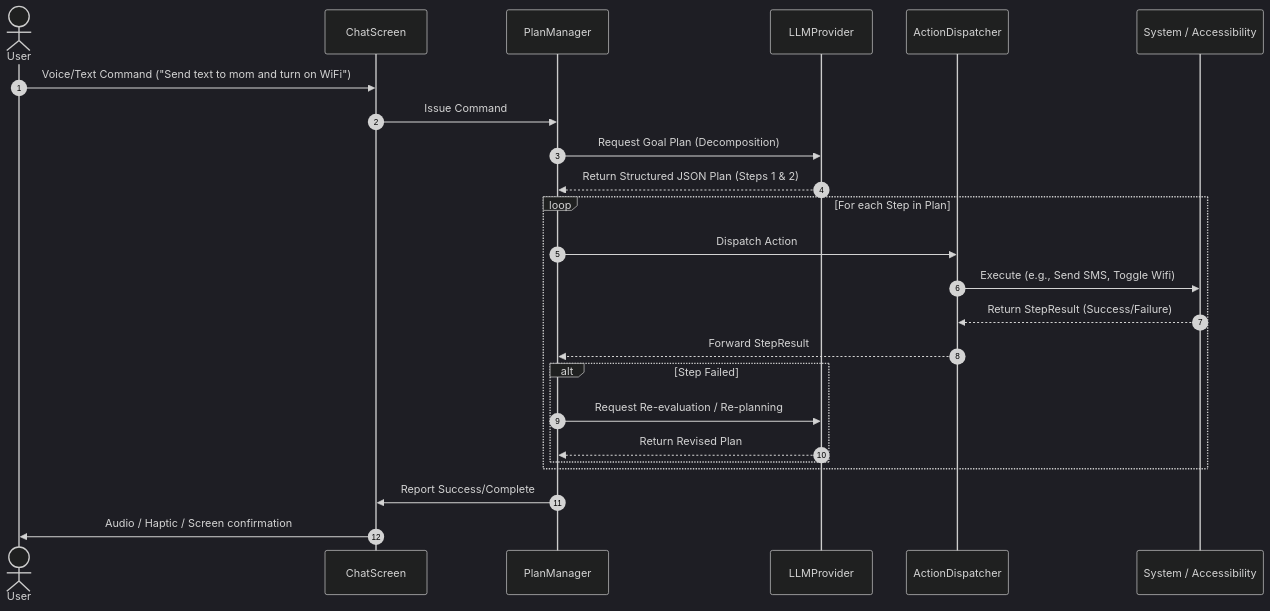
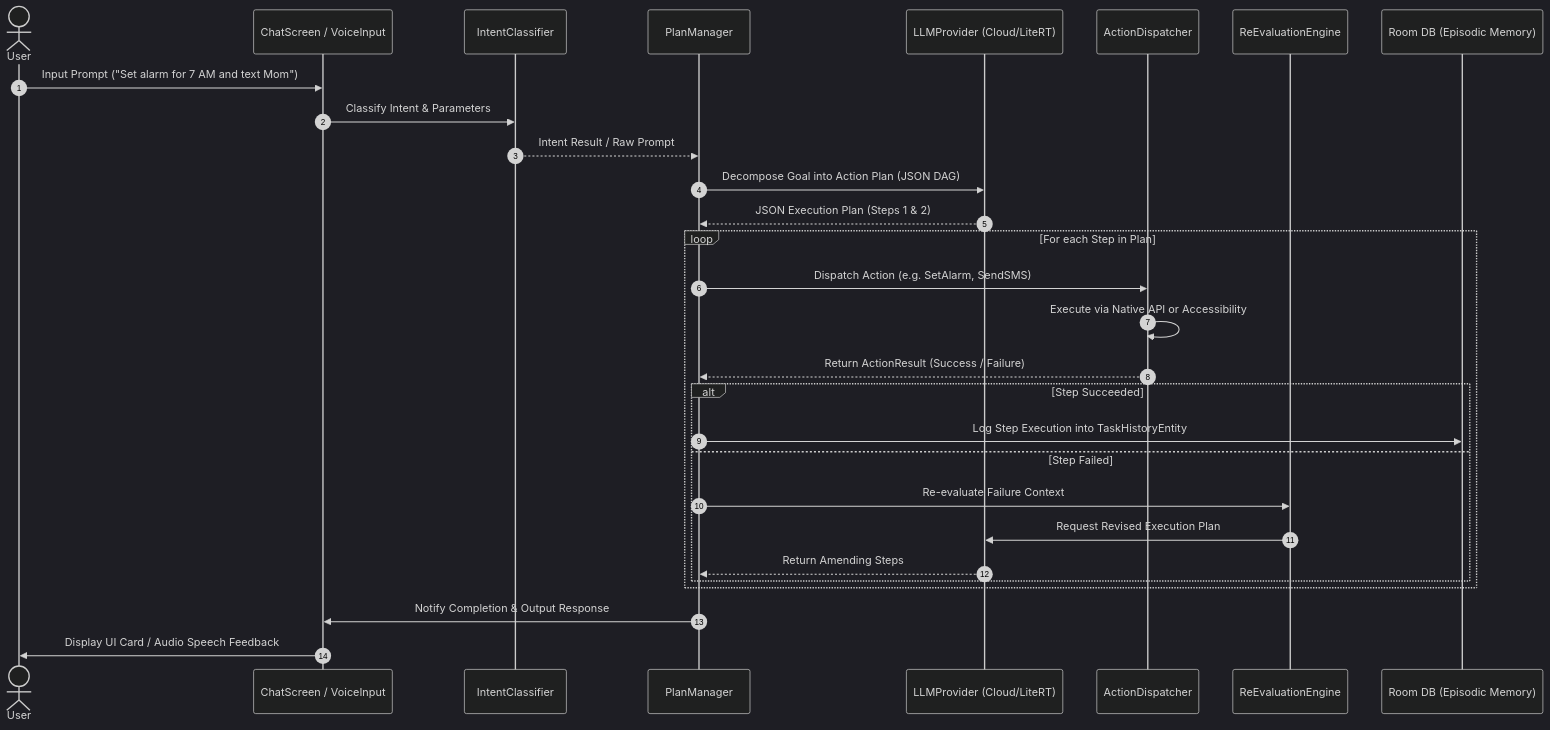
Before and after one commit to JMAN730/opendroid: the first of 3 diagrams in docs/architecture.md, drawn with Mermaid (dark theme). The commit also changed other lines of this file and 3 other files, not shown here.

Commit message:
docs: expand system architecture and add prompts, security, and error handling specifications

````diff
--- a/docs/architecture.md
+++ b/docs/architecture.md
@@ -49,29 +118,35 @@
 ```mermaid
 sequenceDiagram
     autonumber
     actor User
-    participant UI as ChatScreen
+    participant UI as ChatScreen / VoiceInput
+    participant IC as IntentClassifier
     participant PM as PlanManager
-    participant LLM as LLMProvider
+    participant LLM as LLMProvider (Cloud/LiteRT)
     participant AD as ActionDispatcher
-    participant OS as System / Accessibility
+    participant RE as ReEvaluationEngine
+    participant DB as Room DB (Episodic Memory)
 
-    User->>UI: Voice/Text Command ("Send text to mom and turn on WiFi")
-    UI->>PM: Issue Command
-    PM->>LLM: Request Goal Plan (Decomposition)
-    LLM-->>PM: Return Structured JSON Plan (Steps 1 & 2)
+    User->>UI: Input Prompt ("Set alarm for 7 AM and text Mom")
+    UI->>IC: Classify Intent & Parameters
+    IC-->>PM: Intent Result / Raw Prompt
+    PM->>LLM: Decompose Goal into Action Plan (JSON DAG)
+    LLM-->>PM: JSON Execution Plan (Steps 1 & 2)
     
     loop For each Step in Plan
-        PM->>AD: Dispatch Action
-        AD->>OS: Execute (e.g., Send SMS, Toggle Wifi)
-        OS-->>AD: Return StepResult (Success/Failure)
-        AD-->>PM: Forward StepResult
-        alt Step Failed
-            PM->>LLM: Request Re-evaluation / Re-planning
-            LLM-->>PM: Return Revised Plan
+        PM->>AD: Dispatch Action (e.g. SetAlarm, SendSMS)
+        AD->>AD: Execute via Native API or Accessibility
+        AD-->>PM: Return ActionResult (Success / Failure)
+        
+        alt Step Succeeded
+            PM->>DB: Log Step Execution into TaskHistoryEntity
+        else Step Failed
+            PM->>RE: Re-evaluate Failure Context
+            RE->>LLM: Request Revised Execution Plan
+            LLM-->>PM: Return Amending Steps
         end
     end
     
-    PM->>UI: Report Success/Complete
-    UI->>User: Audio / Haptic / Screen confirmation
+    PM->>UI: Notify Completion & Output Response
+    UI->>User: Display UI Card / Audio Speech Feedback
 ```
````
